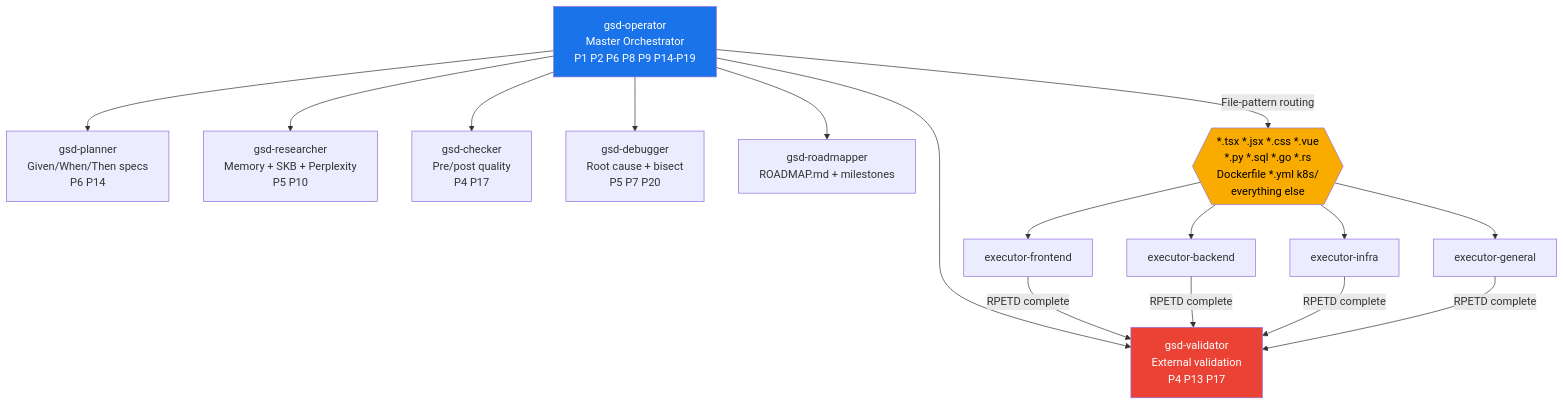
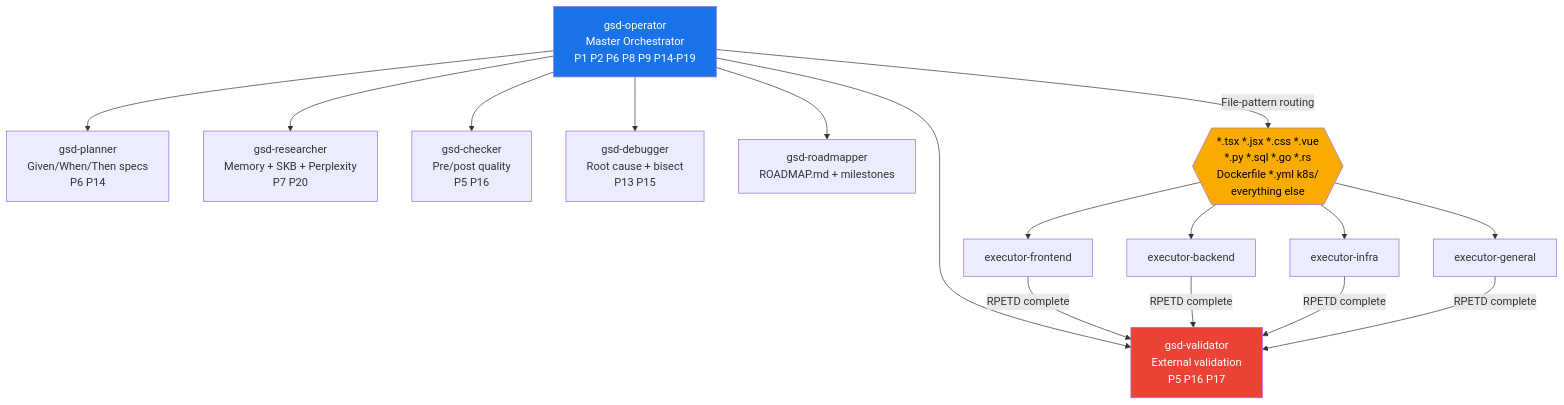
One commit to Luiscmogrovejo/gsd-amauta changed the third of 10 diagrams in README.md. Above: the diagram before and after it, drawn with Mermaid. The commit also changed other lines of this file, not shown here.

Commit message:
docs: comprehensive README with all v2.2-2.4 features, 20 patterns, Mermaid diagrams

````diff
--- a/README.md
+++ b/README.md
@@ -153,24 +164,24 @@
 ```mermaid
 graph TB
     OP["gsd-operator<br/>Master Orchestrator<br/>P1 P2 P6 P8 P9 P14-P19"]
 
     OP --> PL["gsd-planner<br/>Given/When/Then specs<br/>P6 P14"]
-    OP --> RS["gsd-researcher<br/>Memory + SKB + Perplexity<br/>P5 P10"]
-    OP --> CK["gsd-checker<br/>Pre/post quality<br/>P4 P17"]
-    OP --> VA["gsd-validator<br/>External validation<br/>P4 P13 P17"]
-    OP --> DB["gsd-debugger<br/>Root cause + bisect<br/>P5 P7 P20"]
+    OP --> RS["gsd-researcher<br/>Memory + SKB + Perplexity<br/>P7 P20"]
+    OP --> CK["gsd-checker<br/>Pre/post quality<br/>P5 P16"]
+    OP --> VA["gsd-validator<br/>External validation<br/>P5 P16 P17"]
+    OP --> DB["gsd-debugger<br/>Root cause + bisect<br/>P13 P15"]
     OP --> RM["gsd-roadmapper<br/>ROADMAP.md + milestones"]
 
     OP -->|"File-pattern routing"| ROUTE{{"*.tsx *.jsx *.css *.vue<br/>*.py *.sql *.go *.rs<br/>Dockerfile *.yml k8s/<br/>everything else"}}
 
     ROUTE --> EF["executor-frontend"]
     ROUTE --> EB["executor-backend"]
     ROUTE --> EI["executor-infra"]
     ROUTE --> EG["executor-general"]
 
     EF & EB & EI & EG -->|"RPETD complete"| VA
 
     style OP fill:#1a73e8,color:#fff
     style VA fill:#ea4335,color:#fff
     style ROUTE fill:#f9ab00,color:#000
 ```
````
